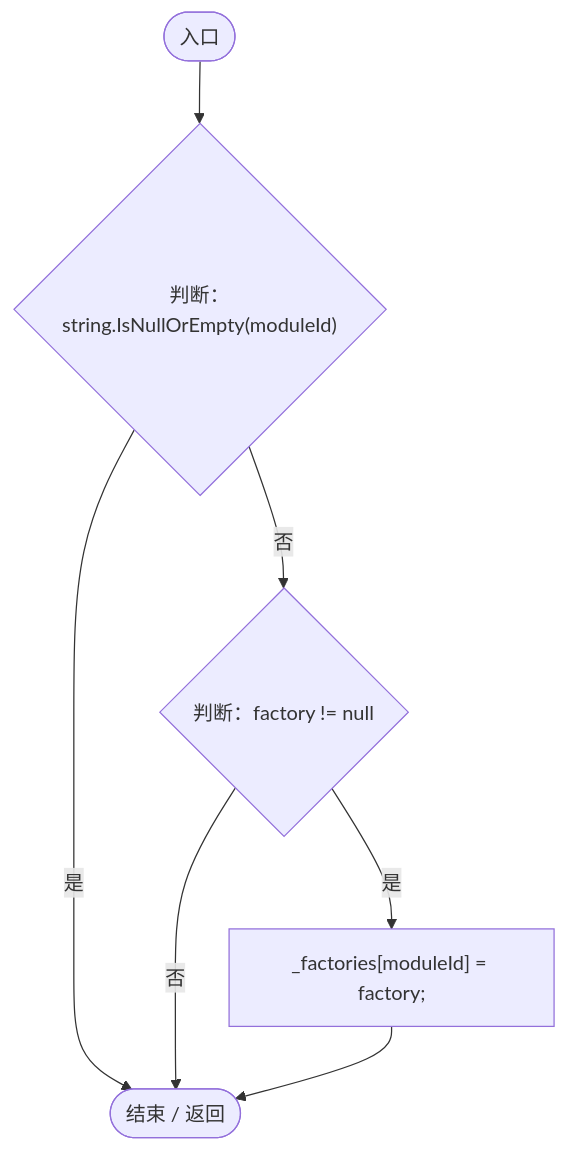
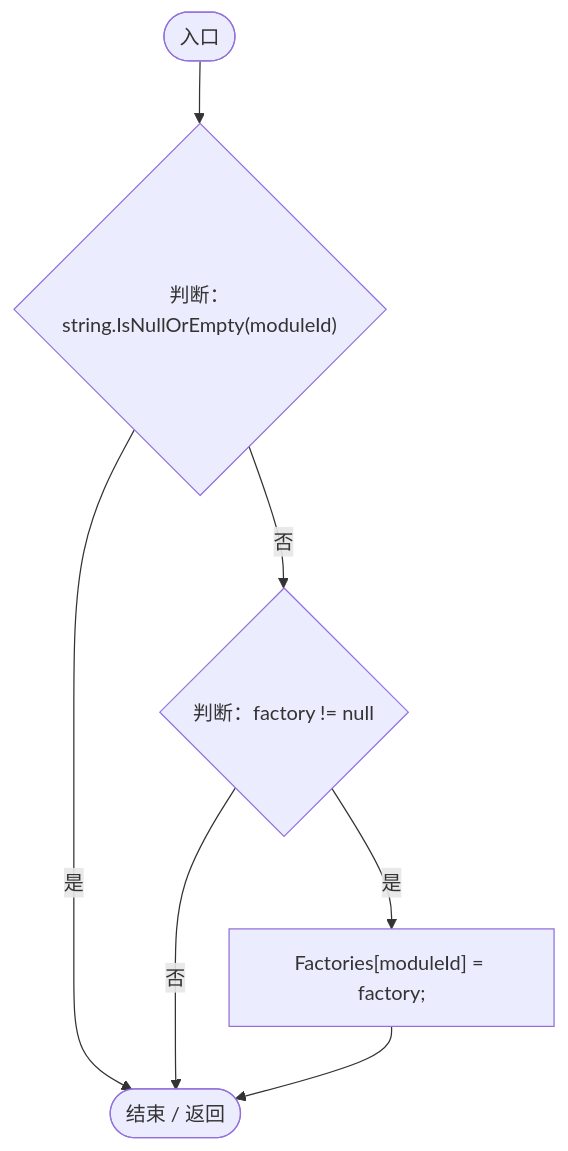
The third of 6 diagrams in Docs/运行流程图/脚本/58bd7c2d48df02e1.md (xhs6666/Darwin_paradise), drawn with Mermaid before and after one commit. The commit also changed other lines of this file and 167 other files, not shown here.

````diff
--- a/Docs/运行流程图/脚本/58bd7c2d48df02e1.md
+++ b/Docs/运行流程图/脚本/58bd7c2d48df02e1.md
@@ -19,15 +59,15 @@
 ```mermaid
 flowchart TD
   b0(["入口"])
   b1{"判断：string.IsNullOrEmpty(moduleId)"}
   b2{"判断：factory != null"}
-  b3["_factories[moduleId] = factory;"]
+  b3["Factories[moduleId] = factory;"]
   b4(["结束 / 返回"])
   b0 --> b1
   b1 -->|"否"| b2
   b1 -->|"是"| b4
   b2 -->|"是"| b3
   b2 -->|"否"| b4
   b3 --> b4
 
 ```
````
